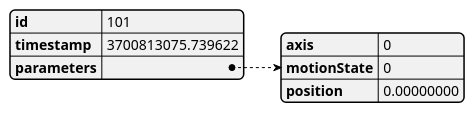
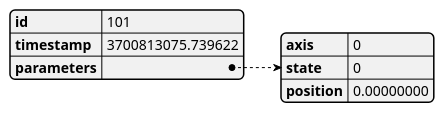
One commit to lsst-ts/ts_tma_tma-documentation_pxi-controller_documentation changed diagram 12 of 46 in 02 CommandsAndEventsManagement/03 Events.md. Above: the diagram before and after it, drawn with PlantUML. The commit also changed other lines of this file, not shown here.

Commit message:
motionState changes
- Rename the event ID enum to axisMotionState to reduce confusion with the new xMotionState event names.
- Rename the motionState field to state, for consistency with the xMotionState events.

````diff
--- a/02 CommandsAndEventsManagement/03 Events.md
+++ b/02 CommandsAndEventsManagement/03 Events.md
@@ -509,13 +509,13 @@
 ``` plantuml
 @startjson
 {
     "id": 101,
     "timestamp": 3700813075.739622,
     "parameters": {
         "axis": 0,
-        "motionState": 0,
+        "state": 0,
         "position": 0.00000000
     }
 }
 @endjson
 ```
````
